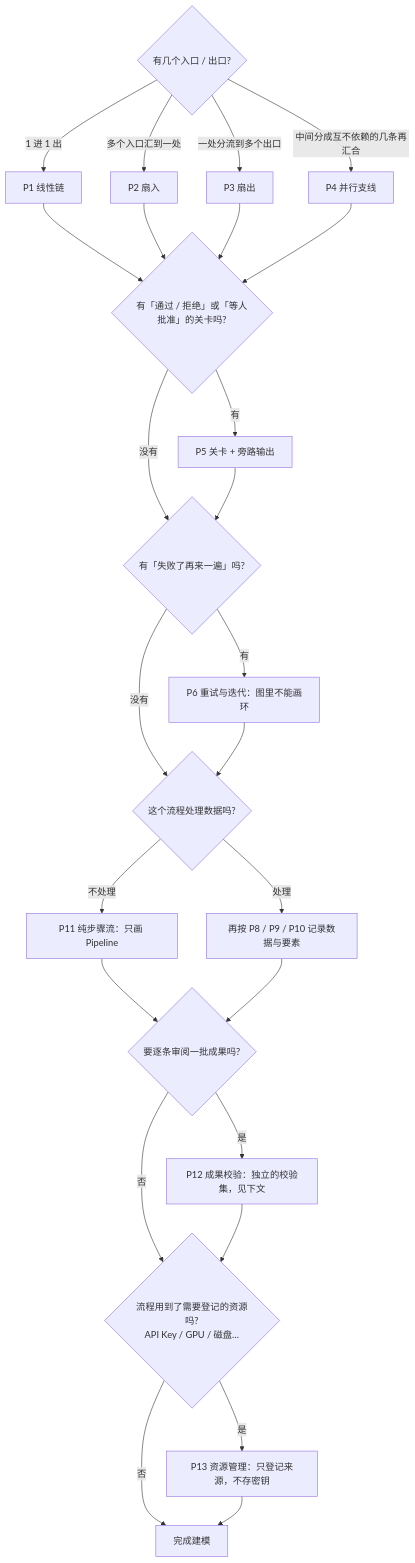
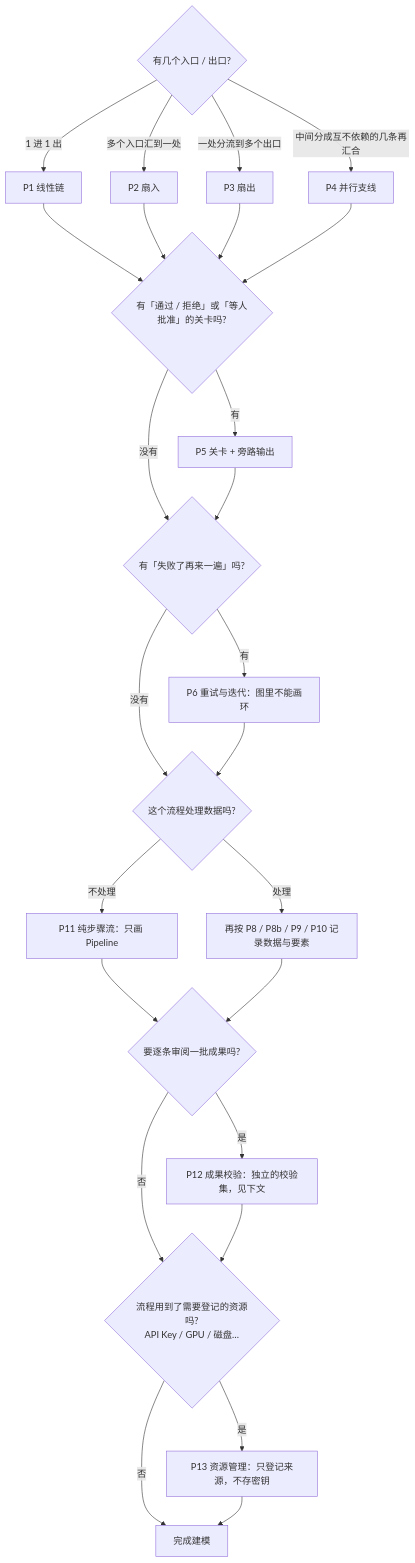
One commit to StevenHuang233/AI-record changed the fourth of 23 diagrams in skills/status-board/references/patterns.md. Above: the diagram before and after it, drawn with Mermaid. The commit also changed other lines of this file and 11 other files, not shown here.

````diff
--- a/skills/status-board/references/patterns.md
+++ b/skills/status-board/references/patterns.md
@@ -132,29 +132,29 @@
 ```mermaid
 flowchart TD
     Q1{"有几个入口 / 出口?"}
     Q1 -->|"1 进 1 出"| P1["P1 线性链"]
     Q1 -->|"多个入口汇到一处"| P2["P2 扇入"]
     Q1 -->|"一处分流到多个出口"| P3["P3 扇出"]
     Q1 -->|"中间分成互不依赖的几条再汇合"| P4["P4 并行支线"]
     Q2{"有「通过 / 拒绝」或「等人批准」的关卡吗?"}
     P1 --> Q2
     P2 --> Q2
     P3 --> Q2
     P4 --> Q2
     Q2 -->|"有"| P5["P5 关卡 + 旁路输出"]
     Q2 -->|"没有"| Q3{"有「失败了再来一遍」吗?"}
     P5 --> Q3
     Q3 -->|"有"| P6["P6 重试与迭代：图里不能画环"]
     Q3 -->|"没有"| Q4{"这个流程处理数据吗?"}
     P6 --> Q4
     Q4 -->|"不处理"| P11["P11 纯步骤流：只画 Pipeline"]
-    Q4 -->|"处理"| P8["再按 P8 / P9 / P10 记录数据与要素"]
+    Q4 -->|"处理"| P8["再按 P8 / P8b / P9 / P10 记录数据与要素"]
     P11 --> Q5{"要逐条审阅一批成果吗?"}
     P8 --> Q5
     Q5 -->|"是"| P12["P12 成果校验：独立的校验集，见下文"]
     Q5 -->|"否"| Q6
     P12 --> Q6{"流程用到了需要登记的资源吗?<br/>API Key / GPU / 磁盘…"}
     Q6 -->|"是"| P13["P13 资源管理：只登记来源，不存密钥"]
     Q6 -->|"否"| END["完成建模"]
     P13 --> END
 ```
````
